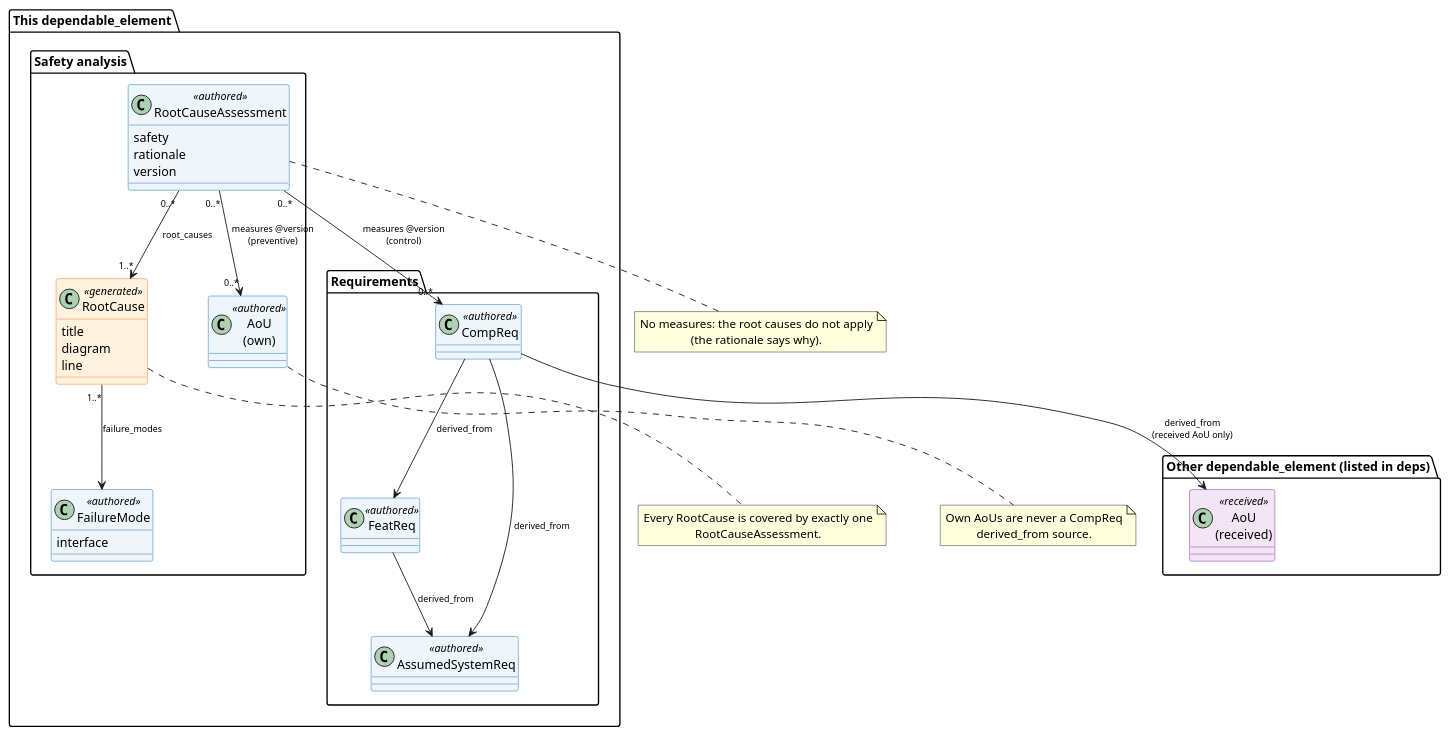
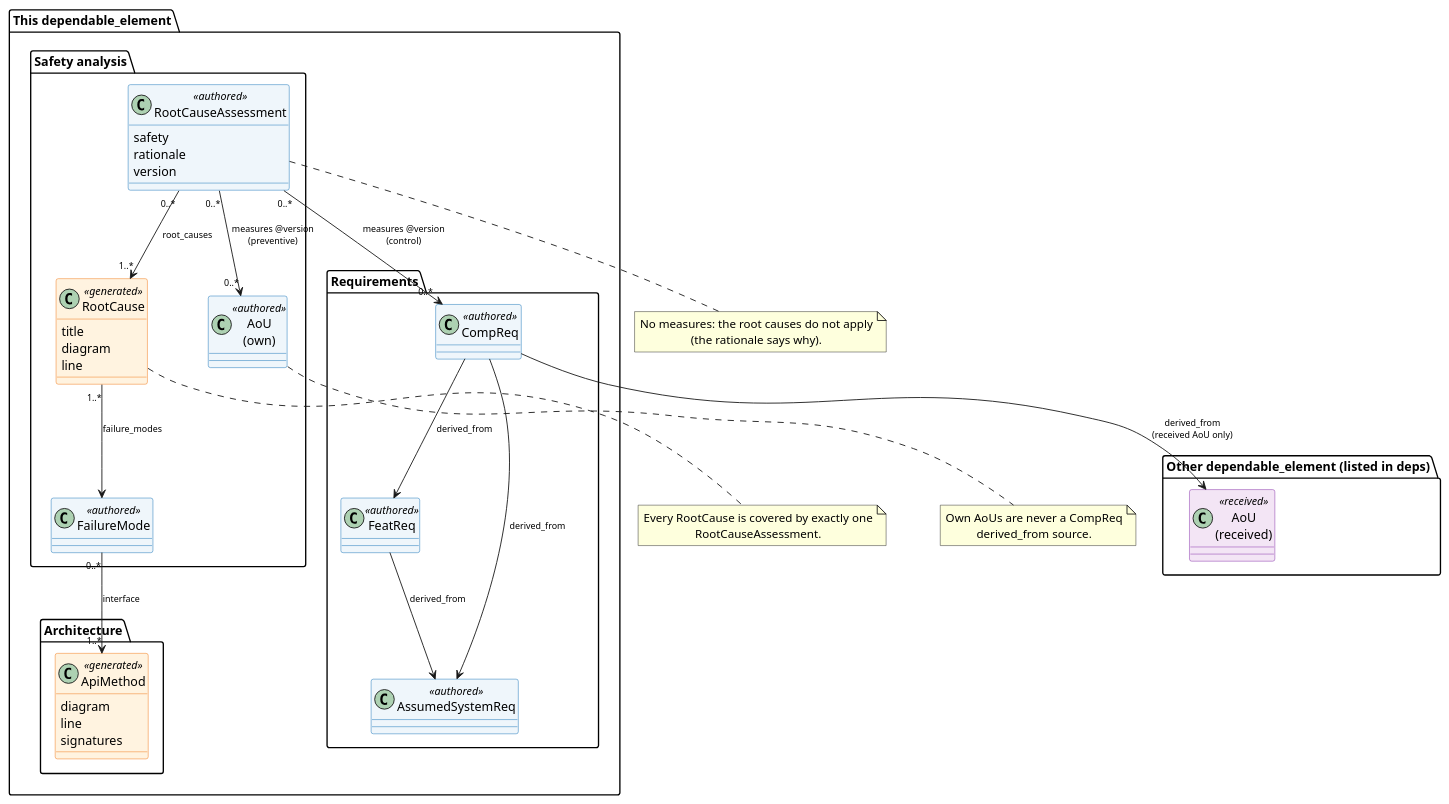
Before and after one commit to eclipse-score/tooling: the diagram in bazel/rules/rules_score/docs/_assets/safety_analysis_linkage.puml, drawn with PlantUML. The commit also changed 69 other files, not shown here.

First line of the commit message:
feat(rules_score): trace failure modes to public API methods

```diff
--- a/bazel/rules/rules_score/docs/_assets/safety_analysis_linkage.puml
+++ b/bazel/rules/rules_score/docs/_assets/safety_analysis_linkage.puml
@@ -14,78 +14,87 @@
 @startuml safety_analysis_linkage
 
 ' Record linkage of a dependable element's safety analysis.  Arrows point from
 ' the referencing record to the referenced one; the label is the TRLC field.
 
 skinparam ArrowFontSize 10
 skinparam defaultTextAlignment center
 skinparam nodesep 60
 skinparam ranksep 70
 
 skinparam class {
     BackgroundColor<<authored>> #EFF6FB
     BorderColor<<authored>>     #0066B1
     BackgroundColor<<generated>> #FFF3E0
     BorderColor<<generated>>     #EF6C00
     BackgroundColor<<received>>  #F3E5F5
     BorderColor<<received>>      #7B1FA2
 }
 
 package "Other dependable_element (listed in deps)" {
     class "AoU\n(received)" as RecvAoU <<received>>
 }
 
 package "This dependable_element" {
     package "Safety analysis" {
-        class FailureMode <<authored>> {
-            interface
-        }
+        class FailureMode <<authored>>
         class RootCause <<generated>> {
             title
             diagram
             line
         }
         class RootCauseAssessment <<authored>> {
             safety
             rationale
             version
         }
         class "AoU\n(own)" as OwnAoU <<authored>>
     }
 
+    package "Architecture" {
+        class ApiMethod <<generated>> {
+            diagram
+            line
+            signatures
+        }
+    }
+
     package "Requirements" {
         class CompReq <<authored>>
         class FeatReq <<authored>>
         class AssumedSystemReq <<authored>>
     }
 }
+
+' ── Generated from the public API class diagrams (public_api.trlc) ──────────
+FailureMode "0..*" --> "1..*" ApiMethod : interface
 
 ' ── Generated from the $RootCause macros of the FTA diagrams ────────────────
 RootCause "1..*" --> FailureMode : failure_modes
 
 ' ── Assessment: every RootCause is covered by exactly one assessment ────────
 RootCauseAssessment "0..*" --> "1..*" RootCause : root_causes
 RootCauseAssessment "0..*" --> "0..*" OwnAoU : measures @version\n(preventive)
 RootCauseAssessment "0..*" --> "0..*" CompReq : measures @version\n(control)
 
 ' ── Requirement chain ───────────────────────────────────────────────────────
 CompReq --> FeatReq : derived_from
 CompReq --> AssumedSystemReq : derived_from
 CompReq --> RecvAoU : derived_from\n(received AoU only)
 FeatReq --> AssumedSystemReq : derived_from
 
 note bottom of RootCause
   Every RootCause is covered by exactly one
   RootCauseAssessment.
 end note
 
 note bottom of RootCauseAssessment
   No measures: the root causes do not apply
   (the rationale says why).
 end note
 
 note bottom of OwnAoU
   Own AoUs are never a CompReq
   derived_from source.
 end note
 
 @enduml
```
